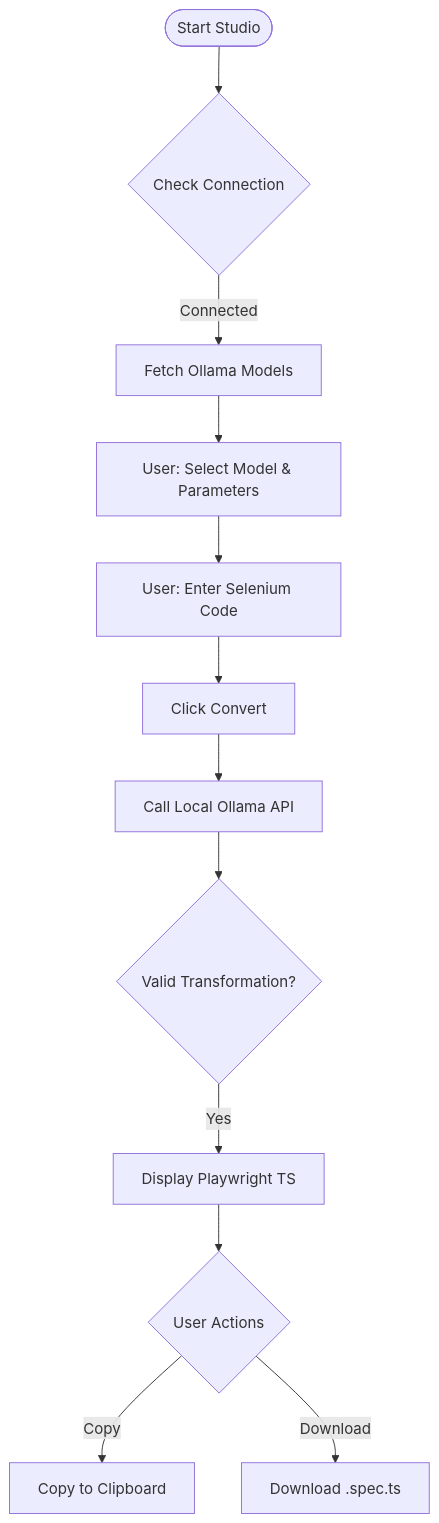
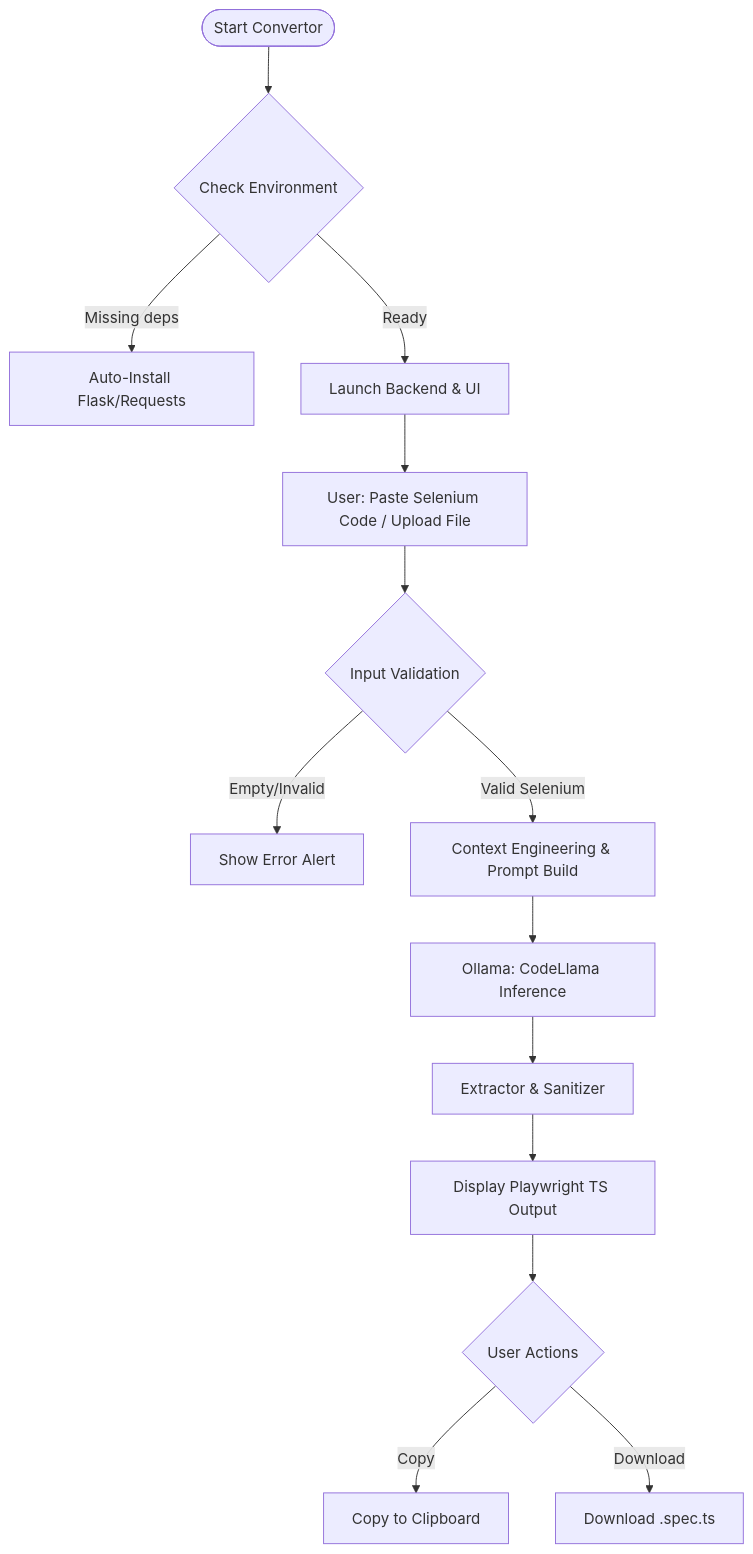
One commit to sakhi-shraddha-sst/AI-Selenium2Playwright-NativeLLM changed the diagram in README.md. Above: the diagram before and after it, drawn with Mermaid. The commit also changed other lines of this file and 1 other file, not shown here.

Commit message:
Add UI preview screenshot to README

````diff
--- a/README.md
+++ b/README.md
@@ -11,16 +13,20 @@
 ```mermaid
 flowchart TD
-    Start([Start Studio]) --> Conn{Check Connection}
-    Conn -- Connected --> Fetch[Fetch Ollama Models]
-    Fetch --> Config[User: Select Model & Parameters]
-    Config --> Input[User: Enter Selenium Code]
-    Input --> Gen[Click Convert]
+    Start([Start Convertor]) --> Env{Check Environment}
+    Env -- Missing deps --> Install[Auto-Install Flask/Requests]
+    Env -- Ready --> Serve[Launch Backend & UI]
     
-    Gen --> API[Call Local Ollama API]
-    API --> Parse{Valid Transformation?}
+    Serve --> Input[User: Paste Selenium Code / Upload File]
+    Input --> Validate{Input Validation}
     
-    Parse -- Yes --> Render[Display Playwright TS]
+    Validate -- Empty/Invalid --> Error[Show Error Alert]
+    Validate -- Valid Selenium --> Prompt[Context Engineering & Prompt Build]
+    
+    Prompt --> Inference[Ollama: CodeLlama Inference]
+    Inference --> Post[Extractor & Sanitizer]
+    
+    Post --> Render[Display Playwright TS Output]
     Render --> Actions{User Actions}
     Actions -->|Copy| Clipboard[Copy to Clipboard]
     Actions -->|Download| Export[Download .spec.ts]
 ```
````
